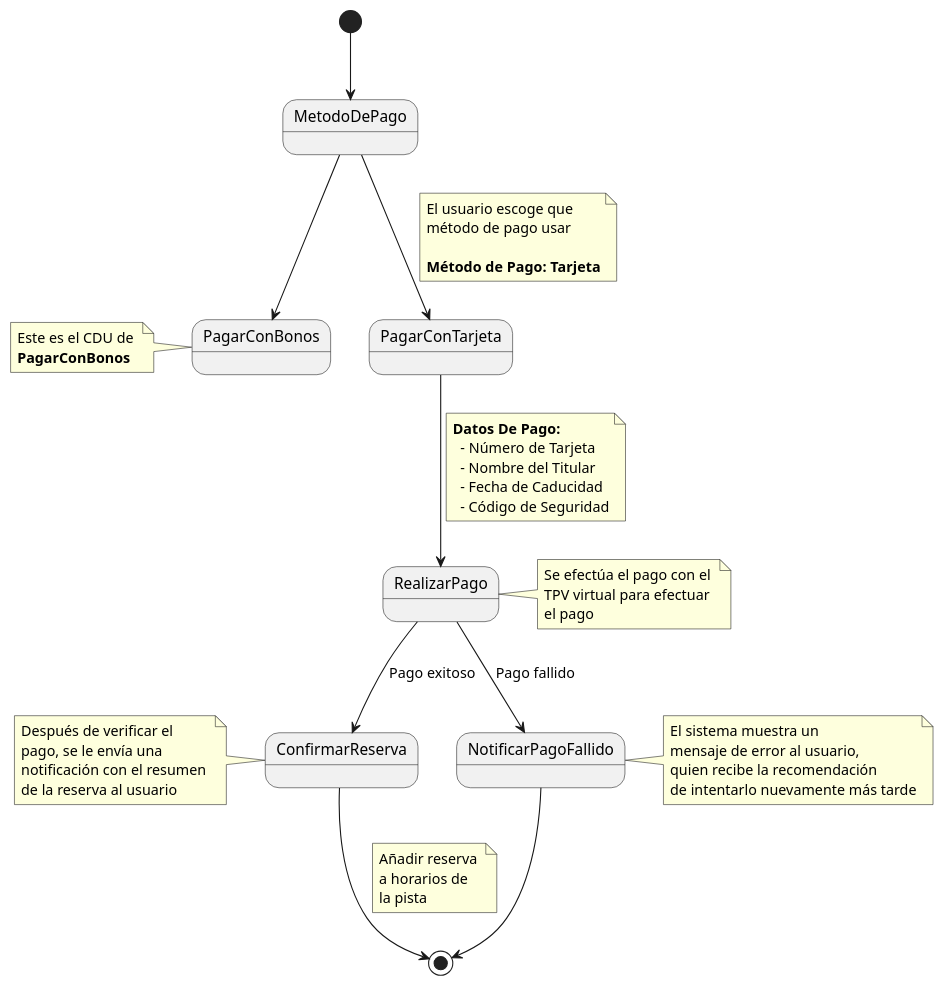
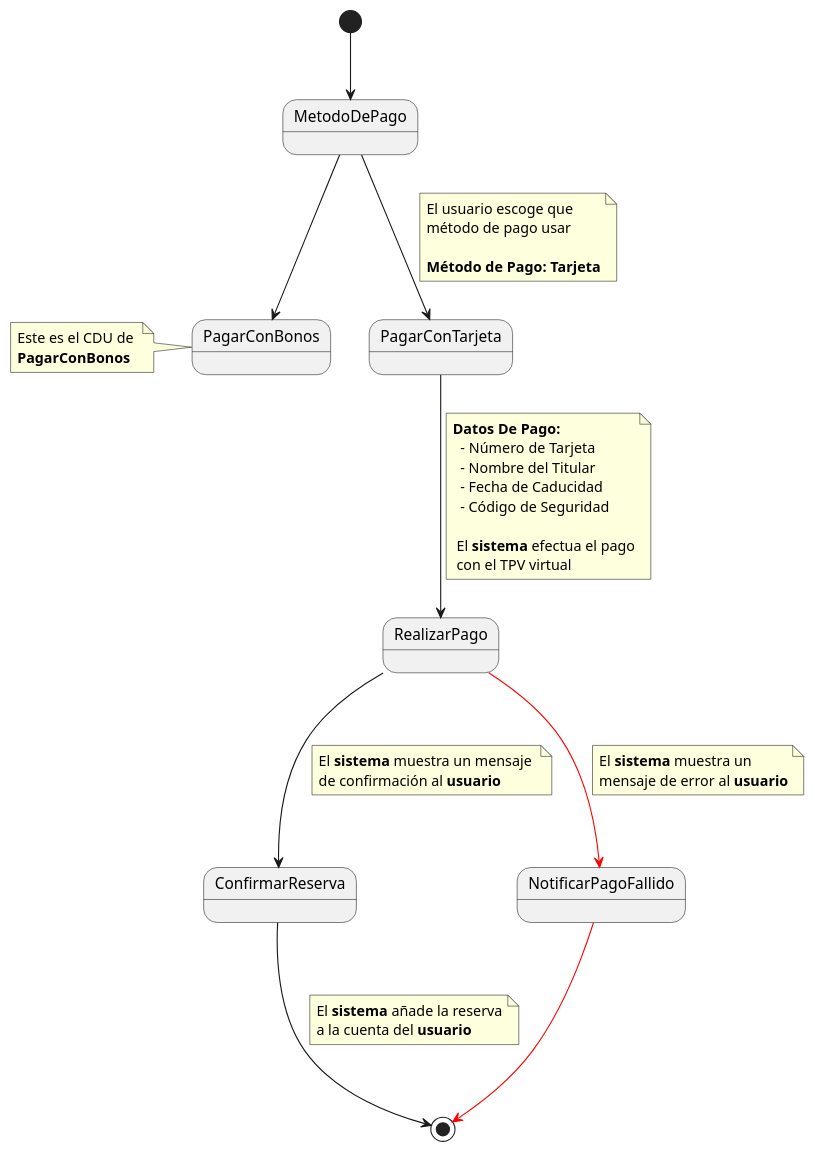
One commit to pablarce/23-24-IdSw1-SDR changed the diagram in CasosDeUso/CduDetallados/CduPagos/PagarReserva.puml. Above: the diagram before and after it, drawn with PlantUML. The commit also changed 1 other file, not shown here.

Commit message:
Cambios a CDU PagarReserva

```diff
--- a/CasosDeUso/CduDetallados/CduPagos/PagarReserva.puml
+++ b/CasosDeUso/CduDetallados/CduPagos/PagarReserva.puml
@@ -1,57 +1,50 @@
 @startuml
 
 [*] --> MetodoDePago
 MetodoDePago --> PagarConBonos
 note left of PagarConBonos
 Este es el CDU de 
 **PagarConBonos**
 end note
 
 MetodoDePago --> PagarConTarjeta
 note on link
  El usuario escoge que 
  método de pago usar
  
  **Método de Pago: Tarjeta**
 end note
 
 PagarConTarjeta --> RealizarPago
 note on link
 **Datos De Pago:**
   - Número de Tarjeta
   - Nombre del Titular
   - Fecha de Caducidad
   - Código de Seguridad
-end note
-note right of RealizarPago
- Se efectúa el pago con el 
- TPV virtual para efectuar 
- el pago
+
+ El **sistema** efectua el pago
+ con el TPV virtual
 end note
 
-RealizarPago --> ConfirmarReserva : Pago exitoso
-note left of ConfirmarReserva
- Después de verificar el 
- pago, se le envía una 
- notificación con el resumen 
- de la reserva al usuario
+RealizarPago ---> ConfirmarReserva 
+note on link
+  El **sistema** muestra un mensaje 
+  de confirmación al **usuario**
 end note
 
-RealizarPago --> NotificarPagoFallido : Pago fallido
-note right of NotificarPagoFallido
- El sistema muestra un 
- mensaje de error al usuario, 
- quien recibe la recomendación 
- de intentarlo nuevamente más tarde
+RealizarPago --[#red]-> NotificarPagoFallido 
+note on link
+ El **sistema** muestra un 
+ mensaje de error al **usuario**
 end note
 
-NotificarPagoFallido --> [*]
+NotificarPagoFallido --[#red]-> [*]
 
-ConfirmarReserva --> [*]
+ConfirmarReserva ---> [*]
 note on link
- Añadir reserva 
- a horarios de 
- la pista
+ El **sistema** añade la reserva
+ a la cuenta del **usuario**
 end note
 
 @enduml
```
